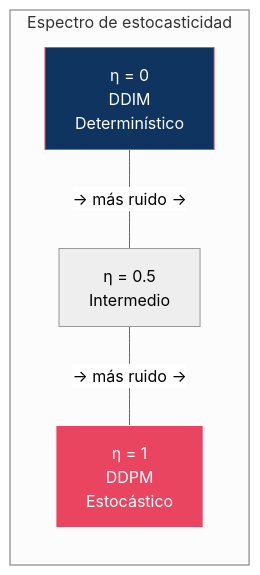
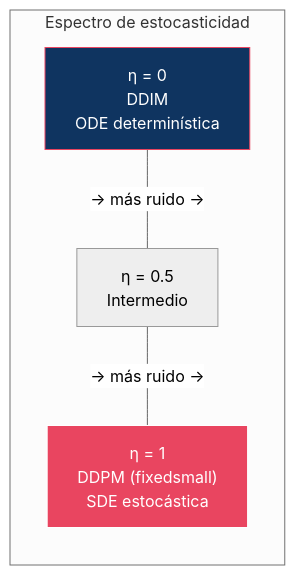
One commit to DavidDevGt/DifusionReal changed the first of 3 diagrams in 03-ddim/README.md. Above: the diagram before and after it, drawn with Mermaid (neutral theme). The commit also changed other lines of this file, not shown here.

````diff
--- a/03-ddim/README.md
+++ b/03-ddim/README.md
@@ -80,9 +108,9 @@
 ```mermaid
 graph LR
     subgraph Spectrum ["Espectro de estocasticidad"]
-        A["η = 0<br/>DDIM<br/>Determinístico"] ---|"→ más ruido →"| B["η = 0.5<br/>Intermedio"]
-        B ---|"→ más ruido →"| C["η = 1<br/>DDPM<br/>Estocástico"]
+        A["η = 0<br/>DDIM<br/>ODE determinística"] ---|"→ más ruido →"| B["η = 0.5<br/>Intermedio"]
+        B ---|"→ más ruido →"| C["η = 1<br/>DDPM (fixedsmall)<br/>SDE estocástica"]
     end
     style A fill:#0f3460,stroke:#e94560,color:#fff
     style C fill:#e94560,stroke:#fff,color:#fff
 ```
````
